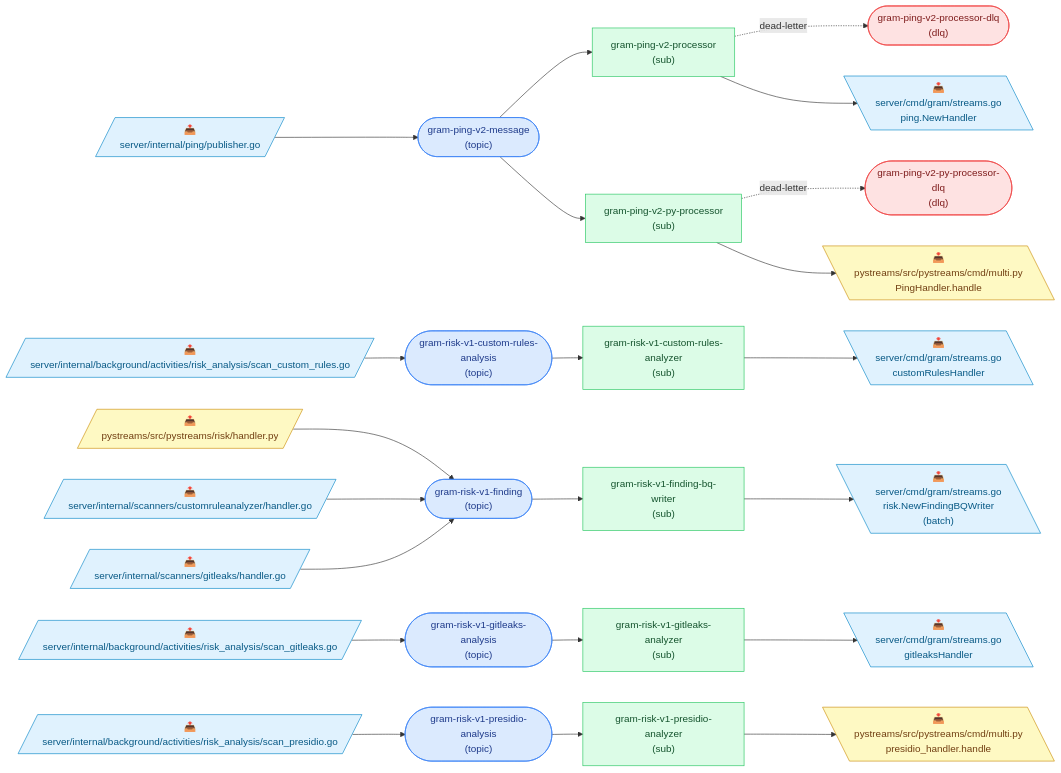
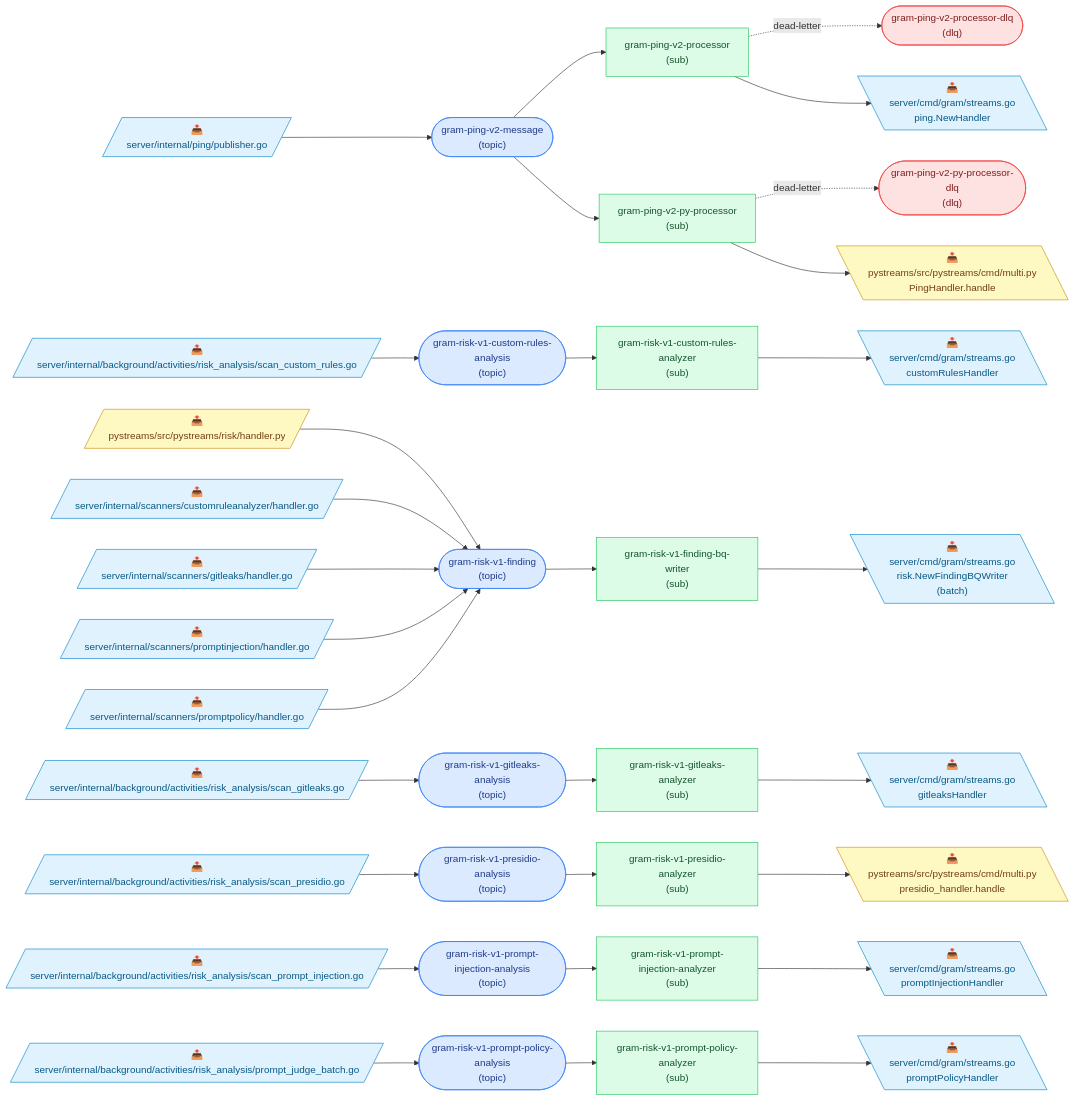
The diagram in docs/pubsub-topology.md (speakeasy-api/gram), drawn with Mermaid before and after one commit. The commit also changed other lines of this file and 32 other files, not shown here.

````diff
--- a/docs/pubsub-topology.md
+++ b/docs/pubsub-topology.md
@@ -9,58 +9,76 @@
 ```mermaid
 flowchart LR
   classDef topic fill:#dbeafe,stroke:#3b82f6,color:#1e3a8a;
   classDef dlq fill:#fee2e2,stroke:#ef4444,color:#7f1d1d;
   classDef sub fill:#dcfce7,stroke:#22c55e,color:#14532d;
   classDef go fill:#e0f2fe,stroke:#0284c7,color:#075985;
   classDef python fill:#fef9c3,stroke:#ca8a04,color:#713f12;
   classDef deprecated stroke-dasharray:4 3,opacity:0.55;
 
   t_gram_ping_v2_message(["gram-ping-v2-message<br/>(topic)"]):::topic
   t_gram_ping_v2_processor_dlq(["gram-ping-v2-processor-dlq<br/>(dlq)"]):::dlq
   t_gram_ping_v2_py_processor_dlq(["gram-ping-v2-py-processor-dlq<br/>(dlq)"]):::dlq
   t_gram_risk_v1_custom_rules_analysis(["gram-risk-v1-custom-rules-analysis<br/>(topic)"]):::topic
   t_gram_risk_v1_finding(["gram-risk-v1-finding<br/>(topic)"]):::topic
   t_gram_risk_v1_gitleaks_analysis(["gram-risk-v1-gitleaks-analysis<br/>(topic)"]):::topic
   t_gram_risk_v1_presidio_analysis(["gram-risk-v1-presidio-analysis<br/>(topic)"]):::topic
+  t_gram_risk_v1_prompt_injection_analysis(["gram-risk-v1-prompt-injection-analysis<br/>(topic)"]):::topic
+  t_gram_risk_v1_prompt_policy_analysis(["gram-risk-v1-prompt-policy-analysis<br/>(topic)"]):::topic
   s_gram_ping_v2_processor["gram-ping-v2-processor<br/>(sub)"]:::sub
   s_gram_ping_v2_py_processor["gram-ping-v2-py-processor<br/>(sub)"]:::sub
   s_gram_risk_v1_custom_rules_analyzer["gram-risk-v1-custom-rules-analyzer<br/>(sub)"]:::sub
   s_gram_risk_v1_finding_bq_writer["gram-risk-v1-finding-bq-writer<br/>(sub)"]:::sub
   s_gram_risk_v1_gitleaks_analyzer["gram-risk-v1-gitleaks-analyzer<br/>(sub)"]:::sub
   s_gram_risk_v1_presidio_analyzer["gram-risk-v1-presidio-analyzer<br/>(sub)"]:::sub
+  s_gram_risk_v1_prompt_injection_analyzer["gram-risk-v1-prompt-injection-analyzer<br/>(sub)"]:::sub
+  s_gram_risk_v1_prompt_policy_analyzer["gram-risk-v1-prompt-policy-analyzer<br/>(sub)"]:::sub
 
   p0[/"📤<br/>server/internal/ping/publisher.go"/]:::go
   p0 --> t_gram_ping_v2_message
   p1[/"📤<br/>server/internal/background/activities/risk_analysis/scan_custom_rules.go"/]:::go
   p1 --> t_gram_risk_v1_custom_rules_analysis
   p2[/"📤<br/>pystreams/src/pystreams/risk/handler.py"/]:::python
   p2 --> t_gram_risk_v1_finding
   p3[/"📤<br/>server/internal/scanners/customruleanalyzer/handler.go"/]:::go
   p3 --> t_gram_risk_v1_finding
   p4[/"📤<br/>server/internal/scanners/gitleaks/handler.go"/]:::go
   p4 --> t_gram_risk_v1_finding
-  p5[/"📤<br/>server/internal/background/activities/risk_analysis/scan_gitleaks.go"/]:::go
-  p5 --> t_gram_risk_v1_gitleaks_analysis
-  p6[/"📤<br/>server/internal/background/activities/risk_analysis/scan_presidio.go"/]:::go
-  p6 --> t_gram_risk_v1_presidio_analysis
+  p5[/"📤<br/>server/internal/scanners/promptinjection/handler.go"/]:::go
+  p5 --> t_gram_risk_v1_finding
+  p6[/"📤<br/>server/internal/scanners/promptpolicy/handler.go"/]:::go
+  p6 --> t_gram_risk_v1_finding
+  p7[/"📤<br/>server/internal/background/activities/risk_analysis/scan_gitleaks.go"/]:::go
+  p7 --> t_gram_risk_v1_gitleaks_analysis
+  p8[/"📤<br/>server/internal/background/activities/risk_analysis/scan_presidio.go"/]:::go
+  p8 --> t_gram_risk_v1_presidio_analysis
+  p9[/"📤<br/>server/internal/background/activities/risk_analysis/scan_prompt_injection.go"/]:::go
+  p9 --> t_gram_risk_v1_prompt_injection_analysis
+  p10[/"📤<br/>server/internal/background/activities/risk_analysis/prompt_judge_batch.go"/]:::go
+  p10 --> t_gram_risk_v1_prompt_policy_analysis
   t_gram_ping_v2_message --> s_gram_ping_v2_processor
   s_gram_ping_v2_processor -. dead-letter .-> t_gram_ping_v2_processor_dlq
   t_gram_ping_v2_message --> s_gram_ping_v2_py_processor
   s_gram_ping_v2_py_processor -. dead-letter .-> t_gram_ping_v2_py_processor_dlq
   t_gram_risk_v1_custom_rules_analysis --> s_gram_risk_v1_custom_rules_analyzer
   t_gram_risk_v1_finding --> s_gram_risk_v1_finding_bq_writer
   t_gram_risk_v1_gitleaks_analysis --> s_gram_risk_v1_gitleaks_analyzer
   t_gram_risk_v1_presidio_analysis --> s_gram_risk_v1_presidio_analyzer
-  c7[\"📥<br/>server/cmd/gram/streams.go<br/>ping.NewHandler"\]:::go
-  s_gram_ping_v2_processor --> c7
-  c8[\"📥<br/>pystreams/src/pystreams/cmd/multi.py<br/>PingHandler.handle"\]:::python
-  s_gram_ping_v2_py_processor --> c8
-  c9[\"📥<br/>server/cmd/gram/streams.go<br/>customRulesHandler"\]:::go
-  s_gram_risk_v1_custom_rules_analyzer --> c9
-  c10[\"📥<br/>server/cmd/gram/streams.go<br/>risk.NewFindingBQWriter<br/>(batch)"\]:::go
-  s_gram_risk_v1_finding_bq_writer --> c10
-  c11[\"📥<br/>server/cmd/gram/streams.go<br/>gitleaksHandler"\]:::go
-  s_gram_risk_v1_gitleaks_analyzer --> c11
-  c12[\"📥<br/>pystreams/src/pystreams/cmd/multi.py<br/>presidio_handler.handle"\]:::python
-  s_gram_risk_v1_presidio_analyzer --> c12
+  t_gram_risk_v1_prompt_injection_analysis --> s_gram_risk_v1_prompt_injection_analyzer
+  t_gram_risk_v1_prompt_policy_analysis --> s_gram_risk_v1_prompt_policy_analyzer
+  c11[\"📥<br/>server/cmd/gram/streams.go<br/>ping.NewHandler"\]:::go
+  s_gram_ping_v2_processor --> c11
+  c12[\"📥<br/>pystreams/src/pystreams/cmd/multi.py<br/>PingHandler.handle"\]:::python
+  s_gram_ping_v2_py_processor --> c12
+  c13[\"📥<br/>server/cmd/gram/streams.go<br/>customRulesHandler"\]:::go
+  s_gram_risk_v1_custom_rules_analyzer --> c13
+  c14[\"📥<br/>server/cmd/gram/streams.go<br/>risk.NewFindingBQWriter<br/>(batch)"\]:::go
+  s_gram_risk_v1_finding_bq_writer --> c14
+  c15[\"📥<br/>server/cmd/gram/streams.go<br/>gitleaksHandler"\]:::go
+  s_gram_risk_v1_gitleaks_analyzer --> c15
+  c16[\"📥<br/>pystreams/src/pystreams/cmd/multi.py<br/>presidio_handler.handle"\]:::python
+  s_gram_risk_v1_presidio_analyzer --> c16
+  c17[\"📥<br/>server/cmd/gram/streams.go<br/>promptInjectionHandler"\]:::go
+  s_gram_risk_v1_prompt_injection_analyzer --> c17
+  c18[\"📥<br/>server/cmd/gram/streams.go<br/>promptPolicyHandler"\]:::go
+  s_gram_risk_v1_prompt_policy_analyzer --> c18
 ```
````
